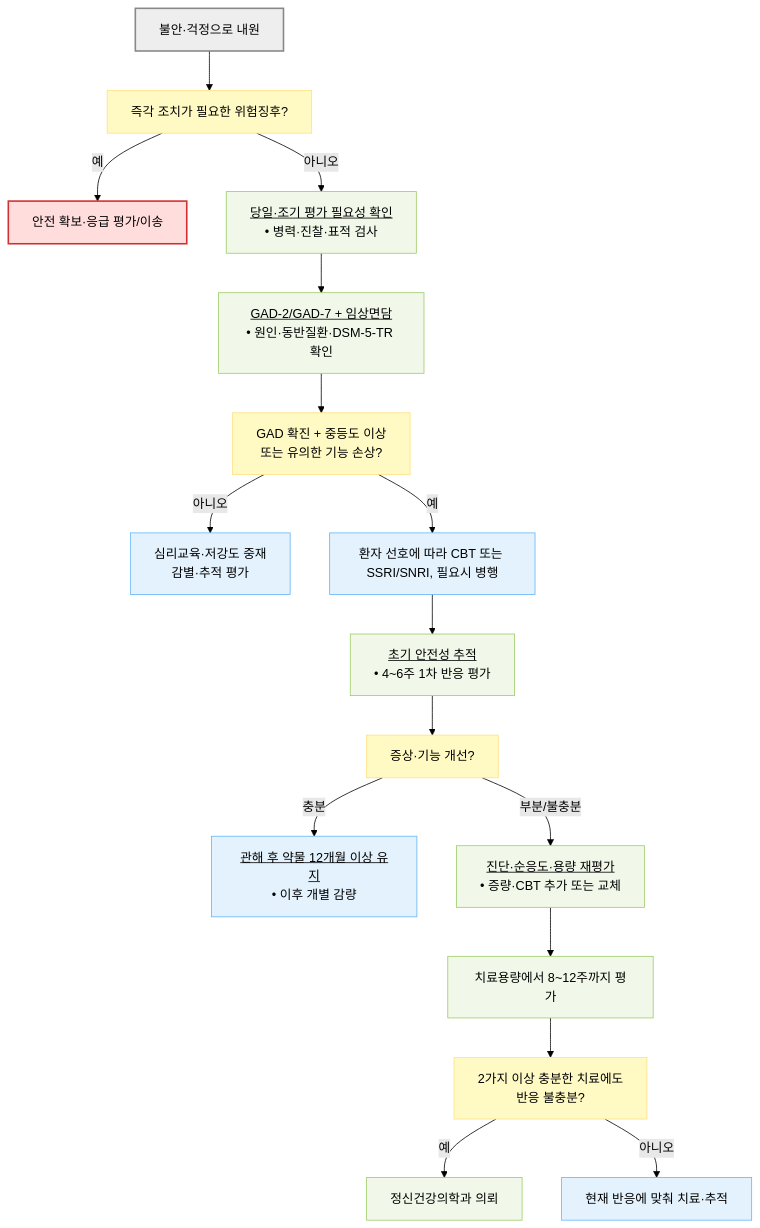
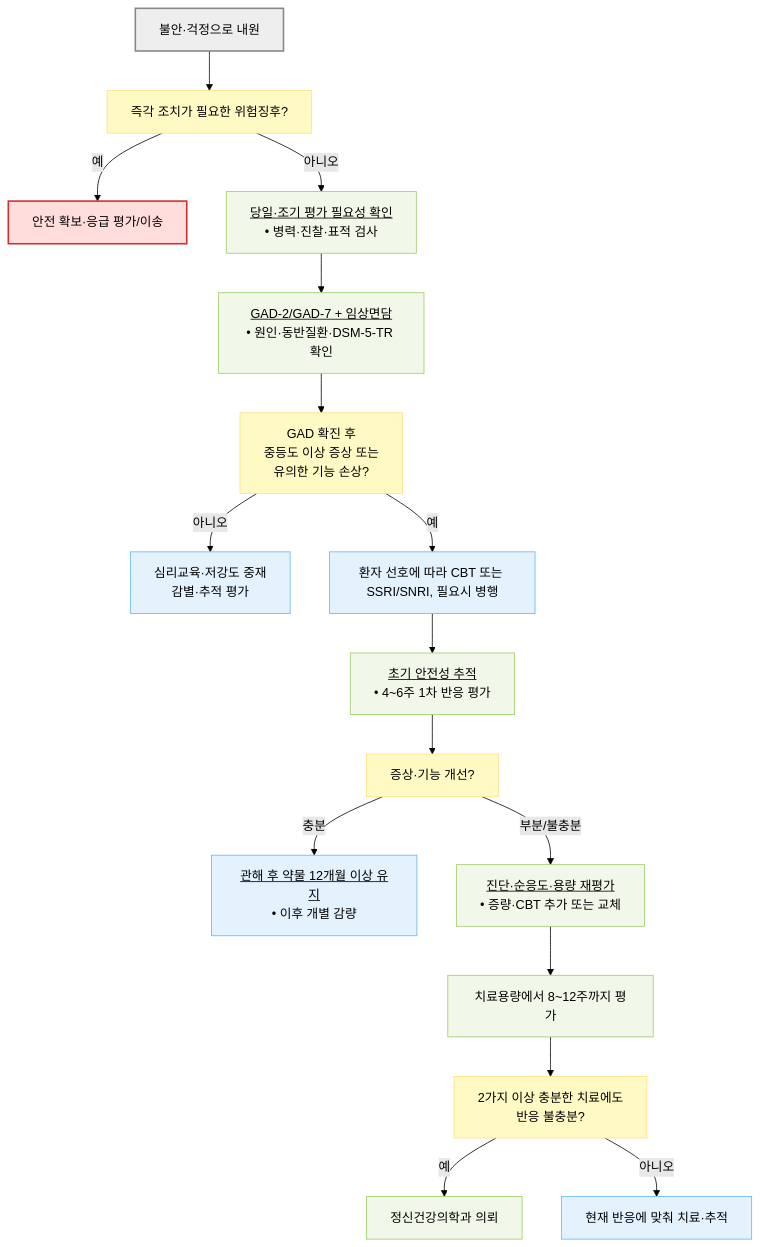
Before and after one commit to familyoh77/familyoh77: the diagram in 221_/025_-anxiety-disorder.md, drawn with Mermaid (forest theme). The commit also changed other lines of this file, not shown here.

````diff
--- a/221_/025_-anxiety-disorder.md
+++ b/221_/025_-anxiety-disorder.md
@@ -206,29 +209,29 @@
 ```mermaid
 flowchart TD
     Start["불안·걱정으로 내원"] --> RF["즉각 조치가 필요한 위험징후?"]
     RF -- "예" --> ER["안전 확보·응급 평가/이송"]
     RF -- "아니오" --> Eval["<u>당일·조기 평가 필요성 확인</u><br/>• 병력·진찰·표적 검사"]
     Eval --> Dx["<u>GAD-2/GAD-7 + 임상면담</u><br/>• 원인·동반질환·DSM-5-TR 확인"]
-    Dx --> Q["GAD 확진 + 중등도 이상<br/>또는 유의한 기능 손상?"]
+    Dx --> Q["GAD 확진 후<br/>중등도 이상 증상 또는<br/>유의한 기능 손상?"]
     Q -- "아니오" --> Low["심리교육·저강도 중재<br/>감별·추적 평가"]
     Q -- "예" --> Tx["환자 선호에 따라 CBT 또는 SSRI/SNRI, 필요시 병행"]
     Tx --> Review["<u>초기 안전성 추적</u><br/>• 4~6주 1차 반응 평가"]
     Review --> R["증상·기능 개선?"]
     R -- "충분" --> Keep["<u>관해 후 약물 12개월 이상 유지</u><br/>• 이후 개별 감량"]
     R -- "부분/불충분" --> Opt["<u>진단·순응도·용량 재평가</u><br/>• 증량·CBT 추가 또는 교체"]
     Opt --> Trial["치료용량에서 8~12주까지 평가"]
     Trial --> Resist["2가지 이상 충분한 치료에도<br/>반응 불충분?"]
     Resist -- "예" --> Ref["정신건강의학과 의뢰"]
     Resist -- "아니오" --> Plan["현재 반응에 맞춰 치료·추적"]
 
     classDef start fill:#eeeeee,stroke:#888888,stroke-width:2px
     classDef question fill:#fff9c4,stroke:#ffe082
     classDef emergency fill:#ffdddd,stroke:#d32f2f,stroke-width:2px
     classDef evaluation fill:#f1f8e9,stroke:#9ccc65
     classDef treatment fill:#e3f2fd,stroke:#64b5f6
     class Start start
     class RF,Q,R,Resist question
     class ER emergency
     class Eval,Dx,Review,Opt,Trial,Ref evaluation
     class Low,Tx,Keep,Plan treatment
 ```
````
